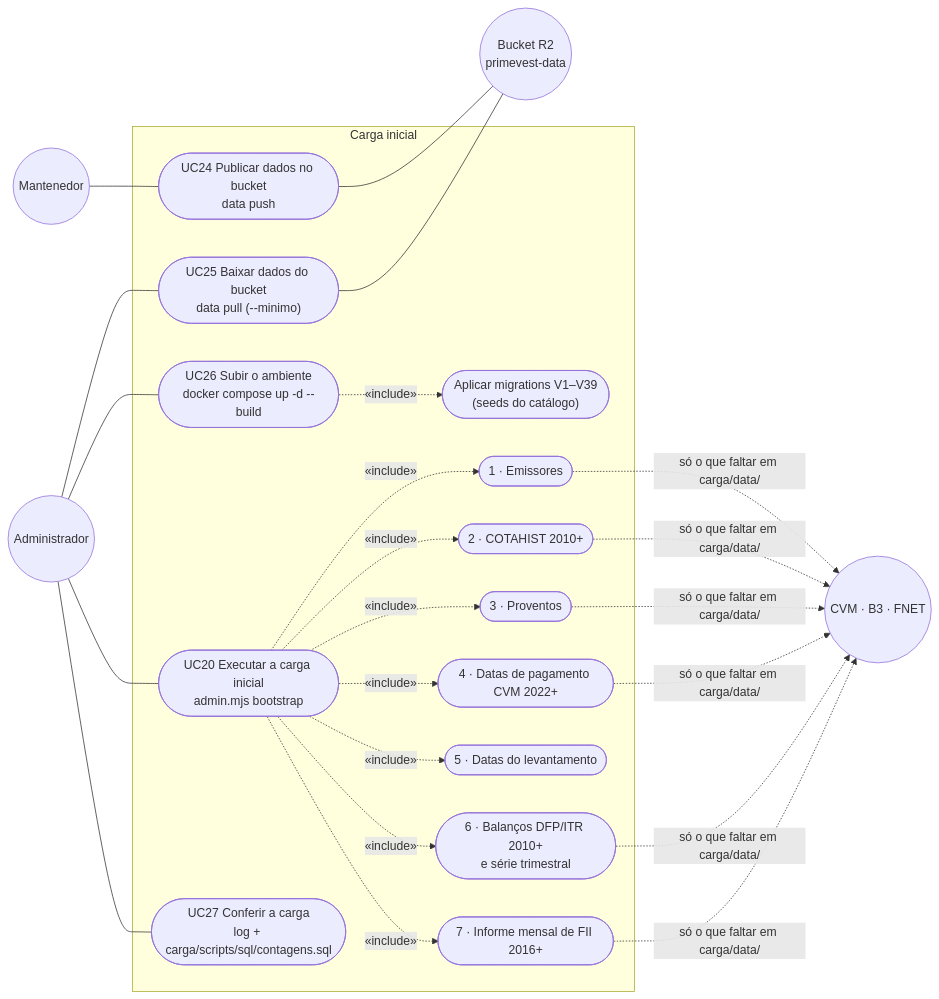
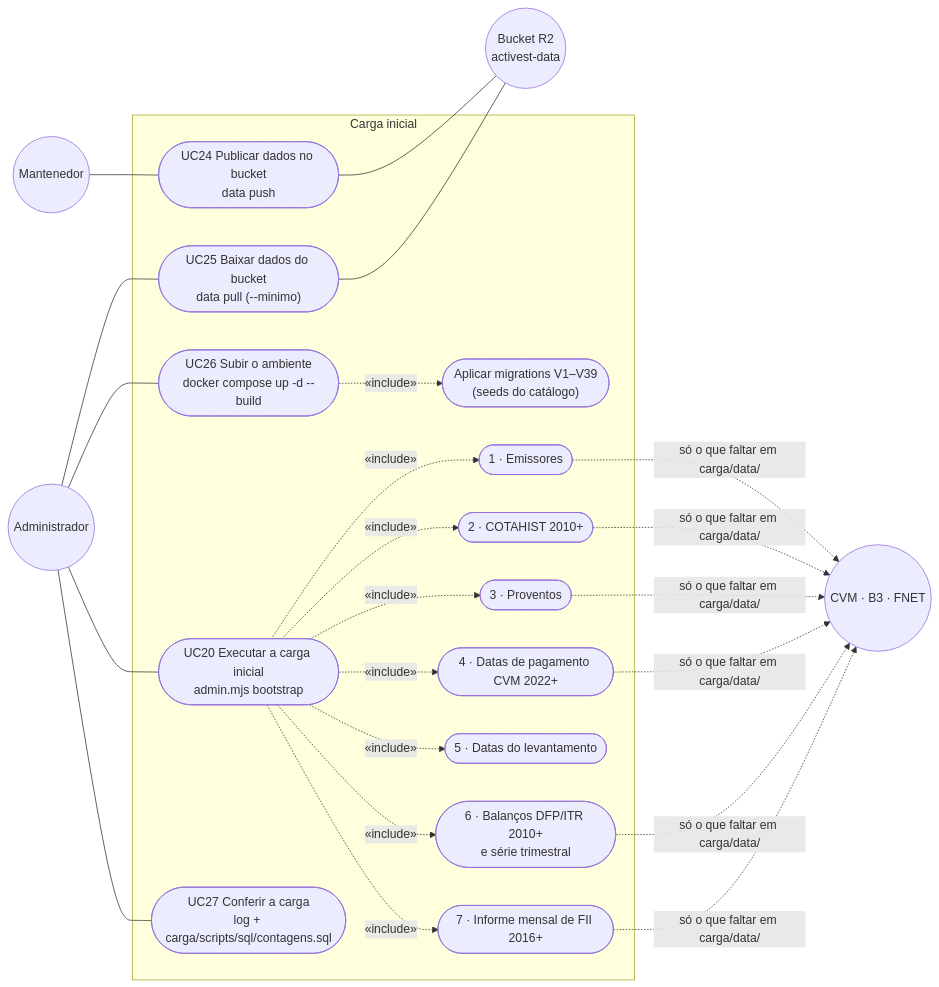
One commit to guilherme-dealmeida/activest changed the fifth of 8 diagrams in docs/USE_CASES.md. Above: the diagram before and after it, drawn with Mermaid. The commit also changed other lines of this file and 37 other files, not shown here.

````diff
--- a/docs/USE_CASES.md
+++ b/docs/USE_CASES.md
@@ -206,31 +206,31 @@
 ```mermaid
 flowchart LR
     mnt(("Mantenedor"))
     adm(("Administrador"))
-    r2(("Bucket R2<br/>primevest-data"))
+    r2(("Bucket R2<br/>activest-data"))
     ext(("CVM · B3 · FNET"))
 
     subgraph CARGA["Carga inicial"]
         uc24(["UC24 Publicar dados no bucket<br/>data push"])
         uc25(["UC25 Baixar dados do bucket<br/>data pull (--minimo)"])
         uc26(["UC26 Subir o ambiente<br/>docker compose up -d --build"])
         i261(["Aplicar migrations V1–V39<br/>(seeds do catálogo)"])
         uc20(["UC20 Executar a carga inicial<br/>admin.mjs bootstrap"])
         s1(["1 · Emissores"])
         s2(["2 · COTAHIST 2010+"])
         s3(["3 · Proventos"])
         s4(["4 · Datas de pagamento CVM 2022+"])
         s5(["5 · Datas do levantamento"])
         s6(["6 · Balanços DFP/ITR 2010+<br/>e série trimestral"])
         s7(["7 · Informe mensal de FII 2016+"])
         uc27(["UC27 Conferir a carga<br/>log + carga/scripts/sql/contagens.sql"])
     end
 
     mnt --- uc24
     uc24 --- r2
     adm --- uc25 & uc26 & uc20 & uc27
     uc25 --- r2
     uc26 -.->|«include»| i261
     uc20 -.->|«include»| s1 & s2 & s3 & s4 & s5 & s6 & s7
     s1 & s2 & s3 & s4 & s6 & s7 -.->|"só o que faltar em carga/data/"| ext
 ```
````
